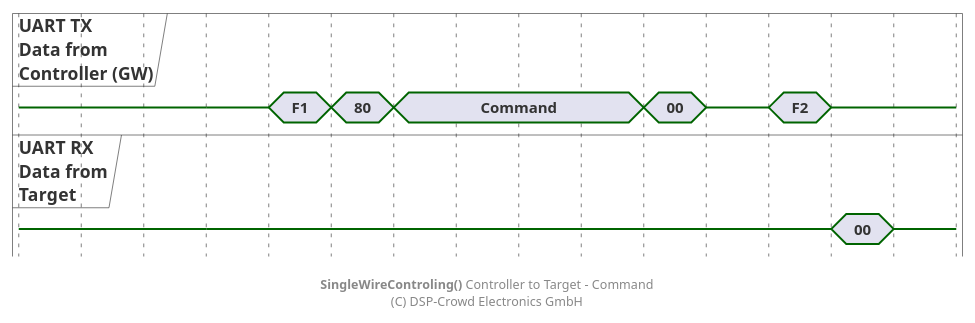
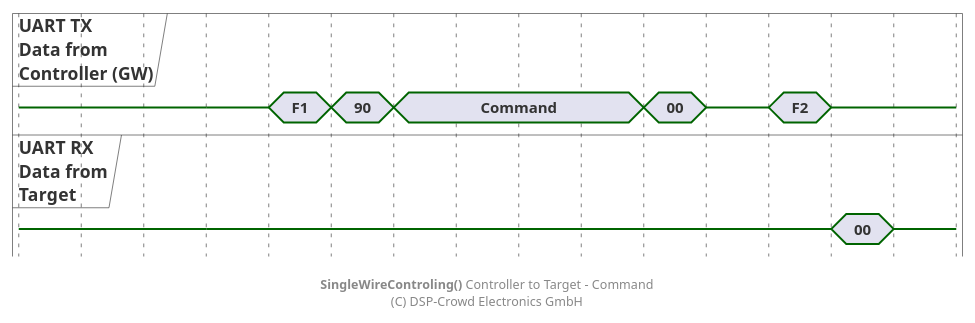
Before and after one commit to NoOrientationProgramming/code-orb: the diagram in doc/system/protocol/B0_swt-ctrl-to-target_cmd.pu, drawn with PlantUML. The commit also changed 11 other files, not shown here.

```diff
--- a/doc/system/protocol/B0_swt-ctrl-to-target_cmd.pu
+++ b/doc/system/protocol/B0_swt-ctrl-to-target_cmd.pu
@@ -2,43 +2,43 @@
 @startuml
 
 hide time-axis
 
 concise "UART TX\nData from\nController (GW)" as ctrl
 concise "UART RX\nData from\nTarget" as tar
 
 @0
 ctrl is {-}
 tar is {-}
 
 @+60
 ctrl is {-}
 tar is {-}
 
 @+20
 ctrl is "F1"
 
 @+20
-ctrl is "80"
+ctrl is "90"
 
 @+20
 ctrl is "Command"
 
 @+80
 ctrl is "00"
 
 @+20
 ctrl is {-}
 
 @+20
 ctrl is "F2"
 
 @+20
 ctrl is {-}
 tar is "00"
 
 @+20
 tar is {-}
 
 footer **SingleWireControling()** Controller to Target - Command\n(C) DSP-Crowd Electronics GmbH
 
 @enduml
```
